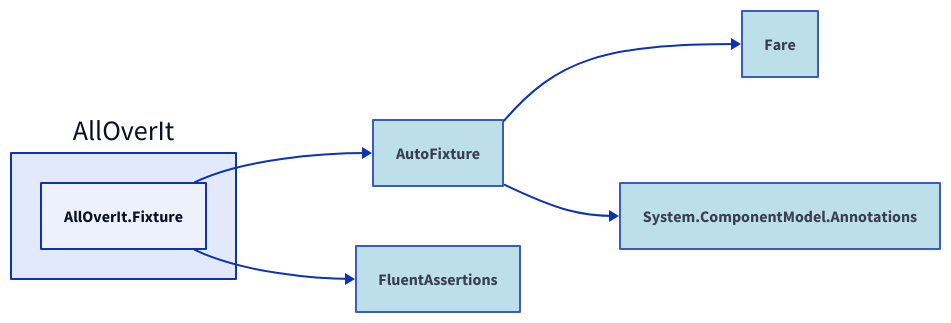
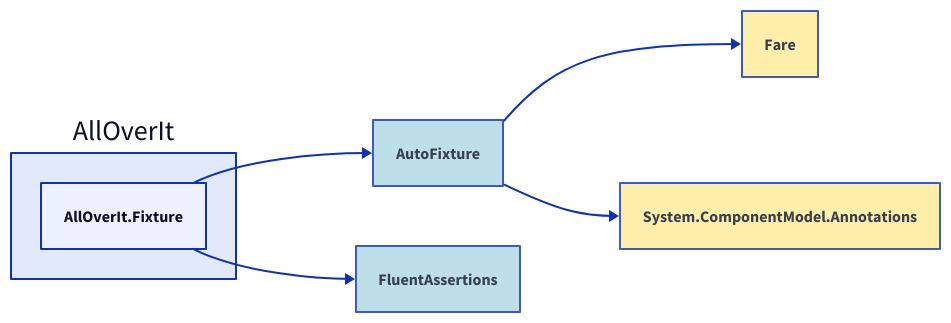
The diagram in Docs/Dependencies/alloverit-fixture.d2 (nickathone/AllOverIt), drawn with D2 before and after one commit. The commit also changed 71 other files, not shown here.

Commit message:
Dependency diagram updates

```diff
--- a/Docs/Dependencies/alloverit-fixture.d2
+++ b/Docs/Dependencies/alloverit-fixture.d2
@@ -1,21 +1,20 @@
 direction: right
 
 aoi: AllOverIt
 aoi.alloverit-fixture: AllOverIt.Fixture
 autofixture: AutoFixture
-autofixture.style.fill: lightblue
+autofixture.style.fill: "#ADD8E6"
 autofixture.style.opacity: 0.8
 fare: Fare
-fare.style.fill: lightblue
+fare.style.fill: "#FFEC96"
 fare.style.opacity: 0.8
+fare <- autofixture
 system-componentmodel-annotations: System.ComponentModel.Annotations
-system-componentmodel-annotations.style.fill: lightblue
+system-componentmodel-annotations.style.fill: "#FFEC96"
 system-componentmodel-annotations.style.opacity: 0.8
+system-componentmodel-annotations <- autofixture
+autofixture <- aoi.alloverit-fixture
 fluentassertions: FluentAssertions
-fluentassertions.style.fill: lightblue
+fluentassertions.style.fill: "#ADD8E6"
 fluentassertions.style.opacity: 0.8
-
-autofixture <- aoi.alloverit-fixture
-fare <- autofixture
-system-componentmodel-annotations <- autofixture
 fluentassertions <- aoi.alloverit-fixture
```
